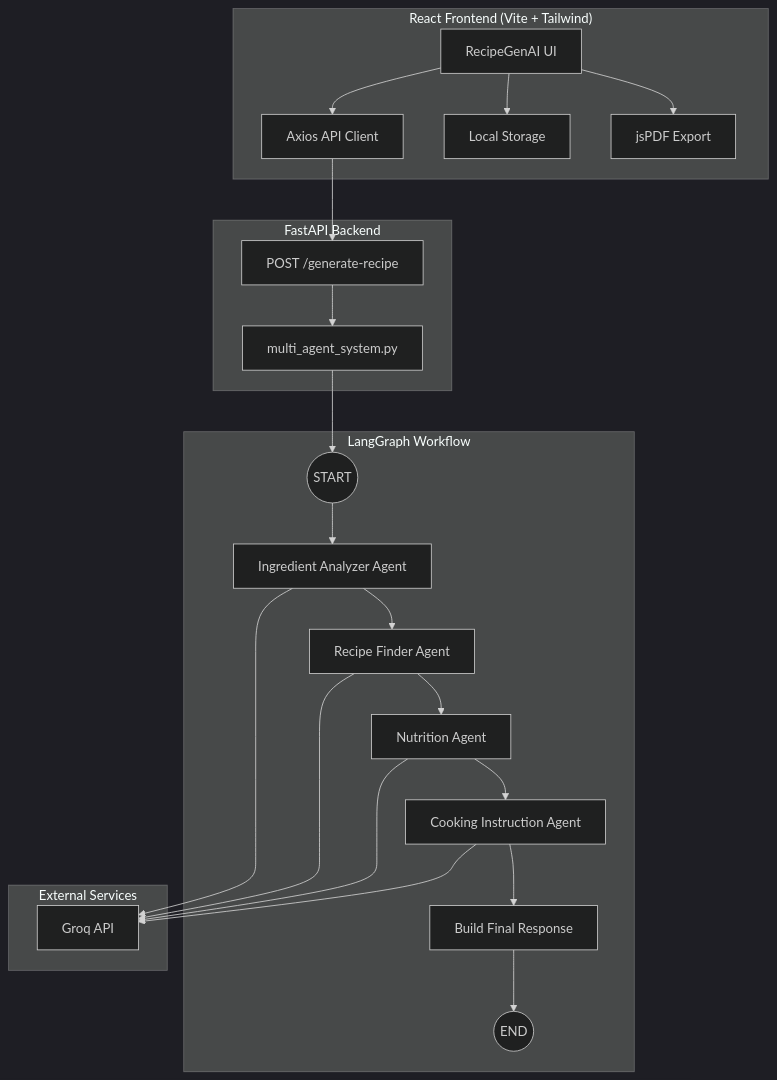
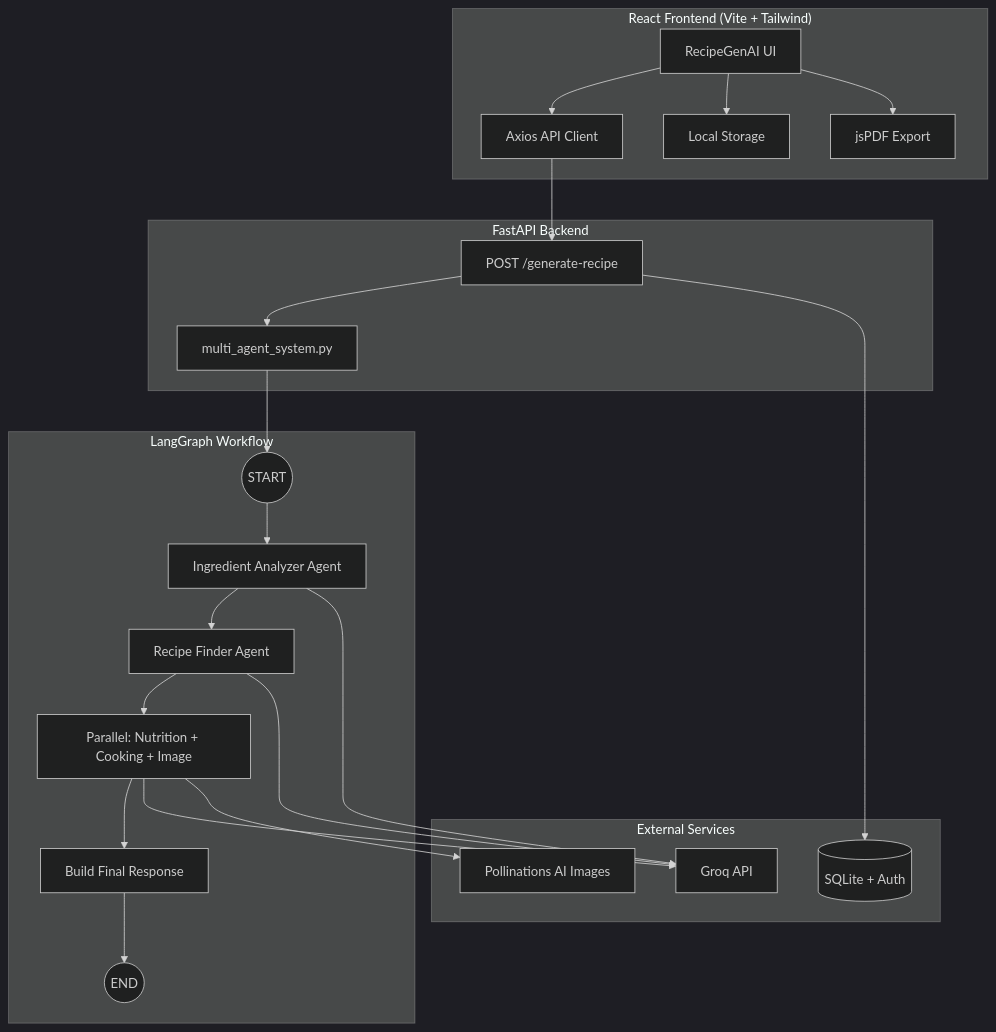
The diagram in README.md (AnanyaKolekar/smart-recipe-generator), drawn with Mermaid (dark theme) before and after one commit. The commit also changed other lines of this file, not shown here.

````diff
--- a/README.md
+++ b/README.md
@@ -26,37 +32,41 @@
 ```mermaid
 flowchart TB
     subgraph Frontend["React Frontend (Vite + Tailwind)"]
         UI[RecipeGenAI UI]
         API_CLIENT[Axios API Client]
         STORAGE[Local Storage]
         PDF[jsPDF Export]
     end
 
     subgraph Backend["FastAPI Backend"]
         ENDPOINT[POST /generate-recipe]
         MAS[multi_agent_system.py]
     end
 
     subgraph LangGraph["LangGraph Workflow"]
         START((START))
         A1[Ingredient Analyzer Agent]
         A2[Recipe Finder Agent]
-        A3[Nutrition Agent]
-        A4[Cooking Instruction Agent]
+        PARALLEL[Parallel: Nutrition + Cooking + Image]
         BUILD[Build Final Response]
         END_NODE((END))
     end
 
     subgraph External["External Services"]
         GROQ[Groq API]
+        IMG[Pollinations AI Images]
+        DB[(SQLite + Auth)]
     end
 
     UI --> API_CLIENT
     API_CLIENT --> ENDPOINT
     ENDPOINT --> MAS
+    ENDPOINT --> DB
     MAS --> START
-    START --> A1 --> A2 --> A3 --> A4 --> BUILD --> END_NODE
-    A1 & A2 & A3 & A4 --> GROQ
+    START --> A1 --> A2 --> PARALLEL --> BUILD --> END_NODE
+    A1 & A2 --> GROQ
+    PARALLEL --> GROQ
+    PARALLEL --> IMG
     UI --> STORAGE
     UI --> PDF
 ```
````
